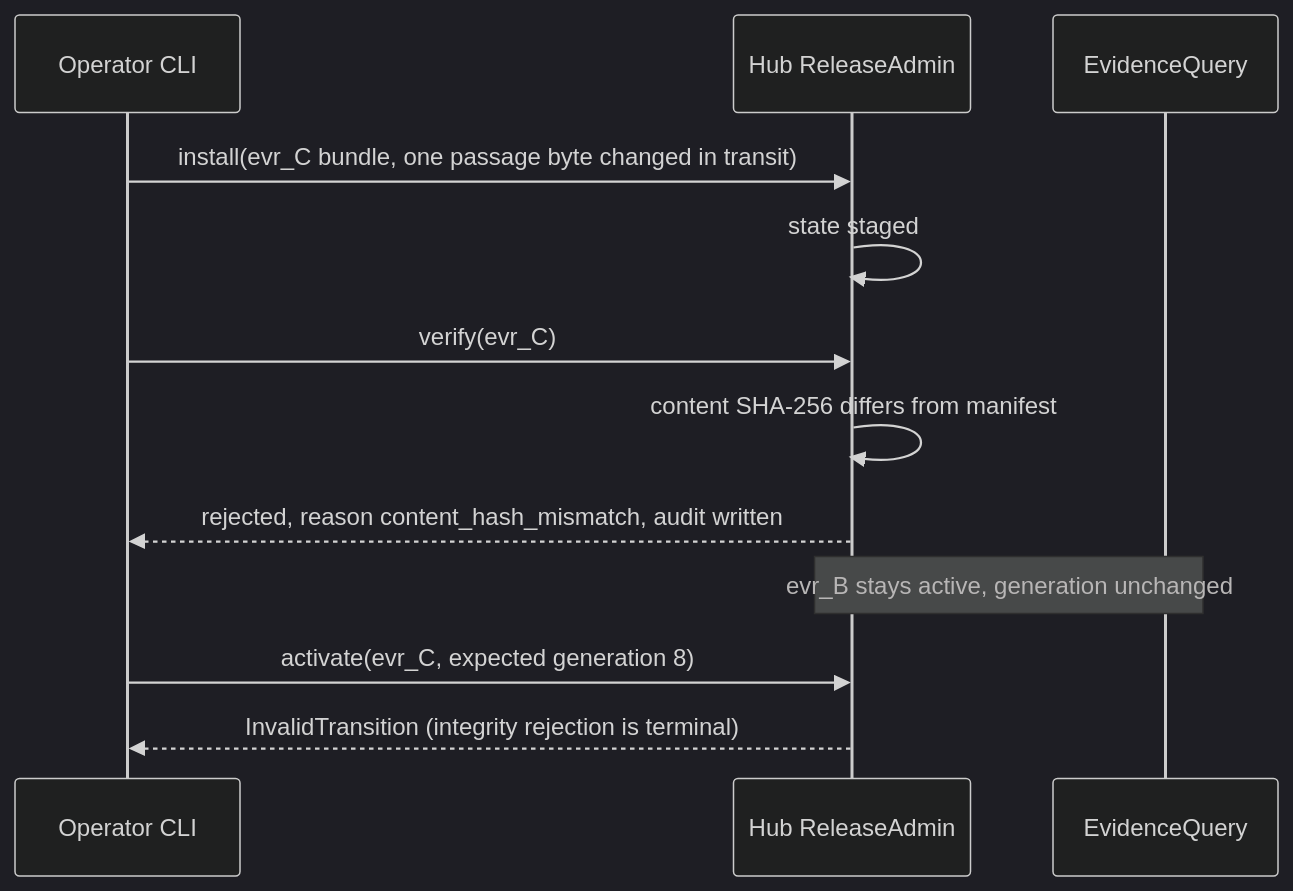
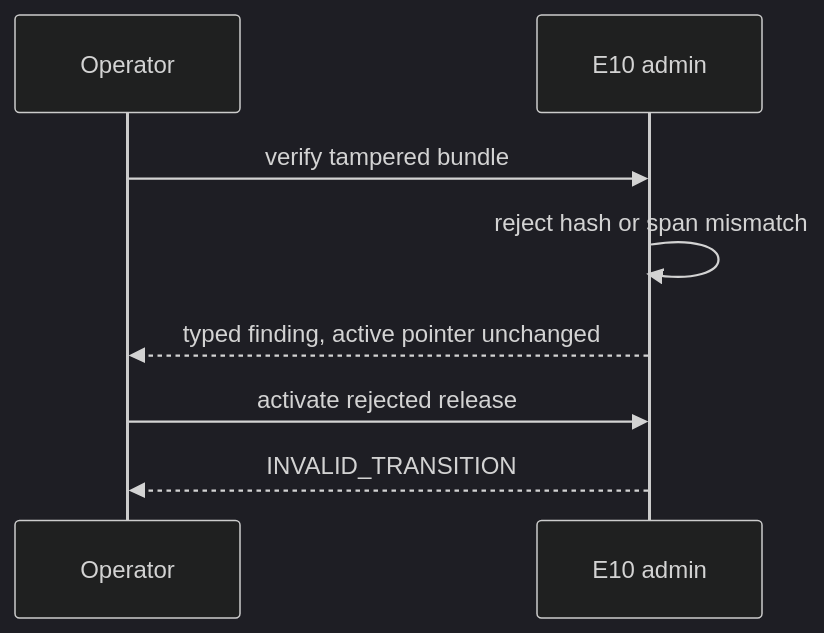
One commit to joaquingit1/vitales-health changed the second of 2 diagrams in docs/tdd/E10.md. Above: the diagram before and after it, drawn with Mermaid (dark theme). The commit also changed other lines of this file and 28 other files, not shown here.

````diff
--- a/docs/tdd/E10.md
+++ b/docs/tdd/E10.md
@@ -753,14 +456,10 @@
 ```mermaid
 sequenceDiagram
-    participant Op as Operator CLI
-    participant H as Hub ReleaseAdmin
-    participant Q as EvidenceQuery
-    Op->>H: install(evr_C bundle, one passage byte changed in transit)
-    H->>H: state staged
-    Op->>H: verify(evr_C)
-    H->>H: content SHA-256 differs from manifest
-    H-->>Op: rejected, reason content_hash_mismatch, audit written
-    Note over H,Q: evr_B stays active, generation unchanged
-    Op->>H: activate(evr_C, expected generation 8)
-    H-->>Op: InvalidTransition (integrity rejection is terminal)
+    participant O as Operator
+    participant A as E10 admin
+    O->>A: verify tampered bundle
+    A->>A: reject hash or span mismatch
+    A-->>O: typed finding, active pointer unchanged
+    O->>A: activate rejected release
+    A-->>O: INVALID_TRANSITION
 ```
````
